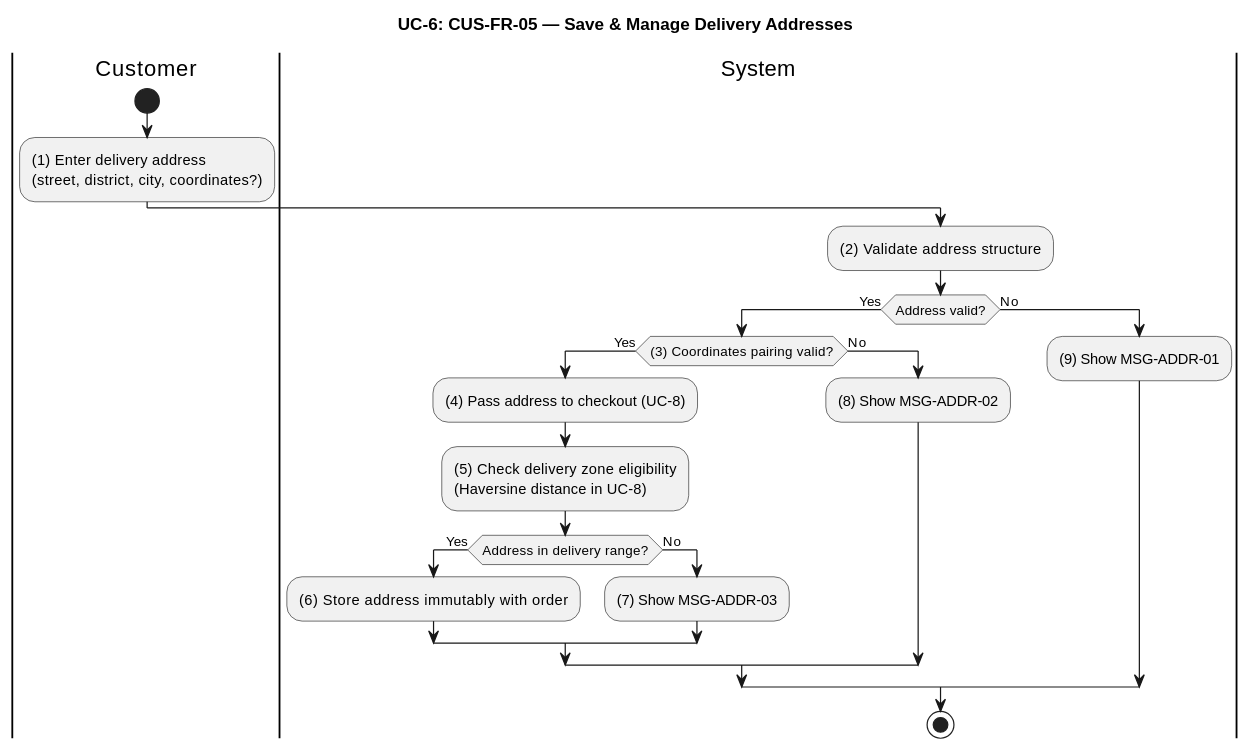
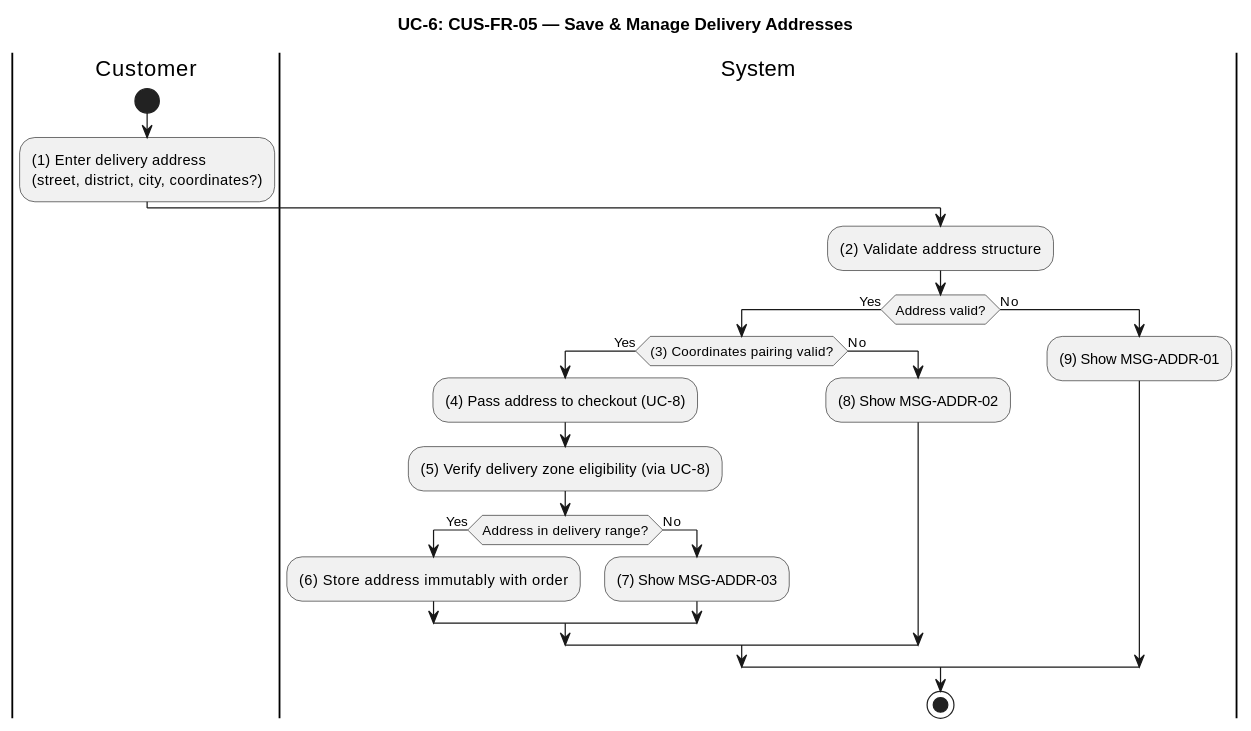
One commit to luubinhdeptrai/Food_Delivery changed the sixth of 26 diagrams in apps/api/docs/Final_Documents/SRS_FoodDelivery.md. Above: the diagram before and after it, drawn with PlantUML. The commit also changed other lines of this file, not shown here.

````diff
--- a/apps/api/docs/Final_Documents/SRS_FoodDelivery.md
+++ b/apps/api/docs/Final_Documents/SRS_FoodDelivery.md
@@ -443,29 +463,29 @@
 ```plantuml
 @startuml UC6-Delivery-Addresses
 title UC-6: CUS-FR-05 — Save & Manage Delivery Addresses
 skinparam ConditionEndStyle hline
 
 |Customer|
 start
 :(1) Enter delivery address\n(street, district, city, coordinates?);
 
 |System|
 :(2) Validate address structure;
 if (Address valid?) then (Yes)
   if ((3) Coordinates pairing valid?) then (Yes)
     :(4) Pass address to checkout (UC-8);
-    :(5) Check delivery zone eligibility\n(Haversine distance in UC-8);
+    :(5) Verify delivery zone eligibility (via UC-8);
     if (Address in delivery range?) then (Yes)
       :(6) Store address immutably with order;
     else (No)
       :(7) Show MSG-ADDR-03;
     endif
   else (No)
     :(8) Show MSG-ADDR-02;
   endif
 else (No)
   :(9) Show MSG-ADDR-01;
 endif
 stop
 @enduml
 ```
````
